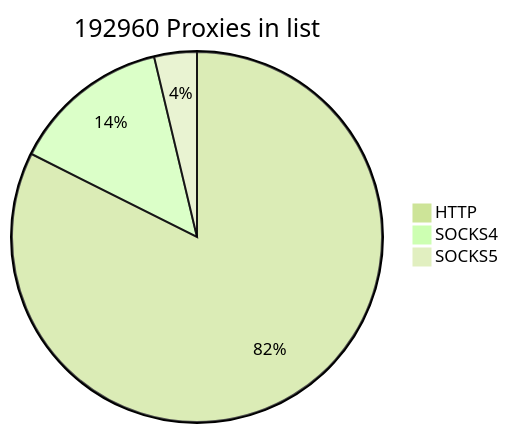
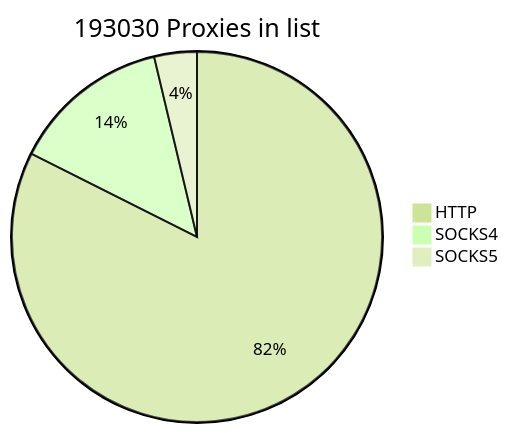
The first of 2 diagrams in README.md (cutipu/proxylist), drawn with Mermaid (forest theme) before and after one commit. The commit also changed other lines of this file, not shown here.

````diff
--- a/README.md
+++ b/README.md
@@ -2,7 +2,7 @@
 ```mermaid
-pie title 192960 Proxies in list
-    "HTTP" : 159010
+pie title 193030 Proxies in list
+    "HTTP" : 159080
     "SOCKS4" : 26769
     "SOCKS5" : 7181
             
 ```
````
